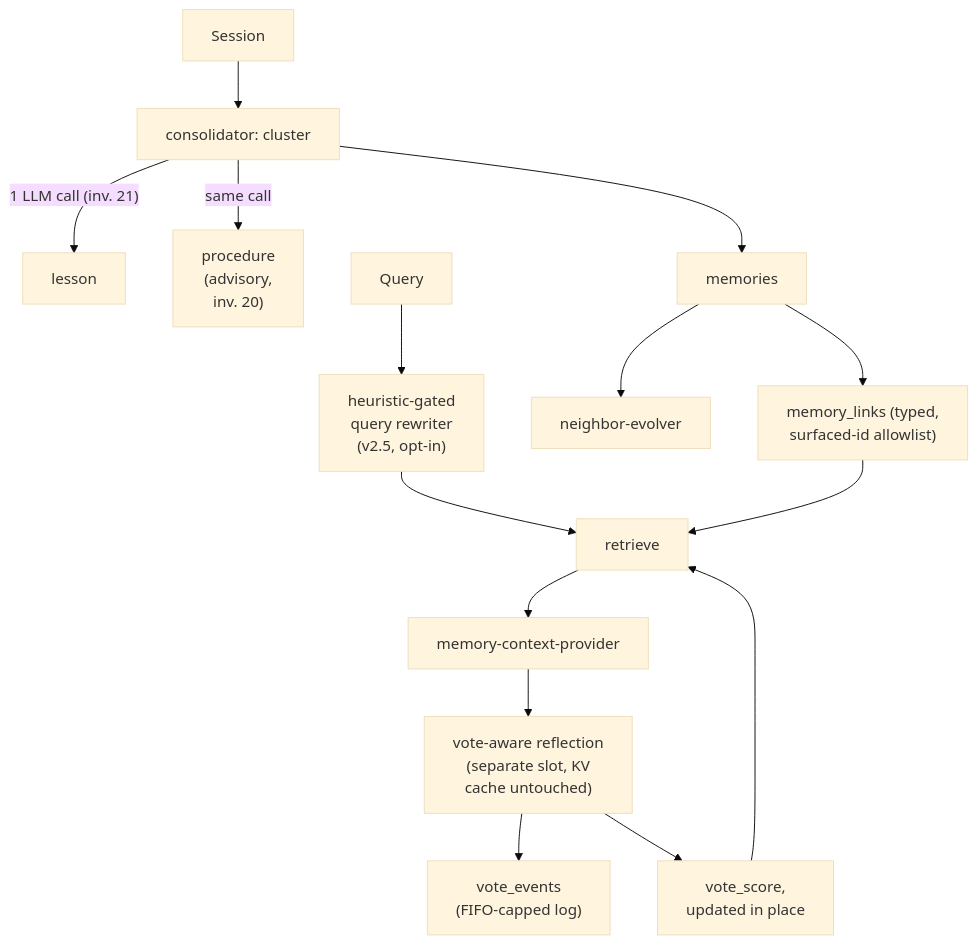
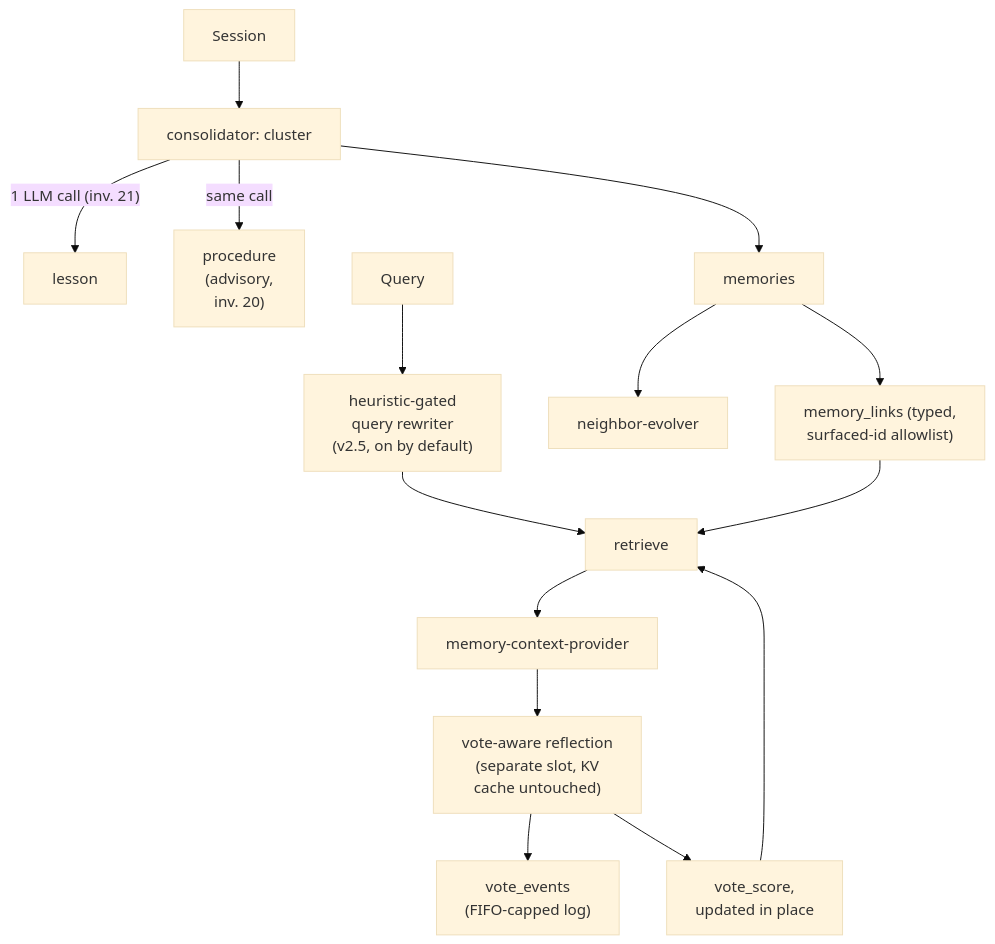
The second of 2 diagrams in content/systems/atomic-agent.md (neoneye/agent-memory-atlas), drawn with Mermaid (base theme) before and after one commit. The commit also changed other lines of this file and 26 other files, not shown here.

````diff
--- a/content/systems/atomic-agent.md
+++ b/content/systems/atomic-agent.md
@@ -147,18 +154,18 @@
 ```mermaid
 %% caption: the write and read halves meeting at the store, with reflection on a separate prompt slot so votes accumulate without disturbing the KV cache
 flowchart TD
   Sess["Session"] --> Cons["consolidator: cluster"]
   Cons -->|"1 LLM call (inv. 21)"| Lesson["lesson"]
   Cons -->|same call| Proc["procedure<br/>(advisory,<br/>inv. 20)"]
   Cons --> Mem["memories"]
   Mem --> Links["memory_links (typed,<br/>surfaced-id allowlist)"]
   Mem --> Evolve["neighbor-evolver"]
-  Q["Query"] --> Rewrite["heuristic-gated<br/>query rewriter<br/>(v2.5, opt-in)"]
+  Q["Query"] --> Rewrite["heuristic-gated<br/>query rewriter<br/>(v2.5, on by default)"]
   Rewrite --> Retr["retrieve"]
   Links --> Retr
   Retr --> Ctx["memory-context-provider"]
   Ctx --> Refl["vote-aware reflection<br/>(separate slot, KV<br/>cache untouched)"]
   Refl --> VE["vote_events<br/>(FIFO-capped log)"]
   Refl --> Score["vote_score,<br/>updated in place"]
   Score --> Retr
 ```
````
